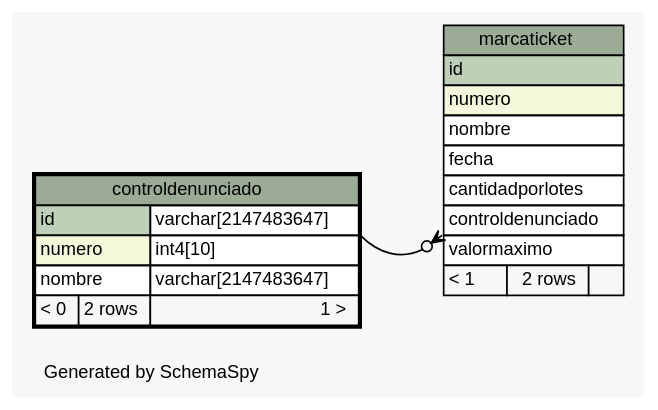
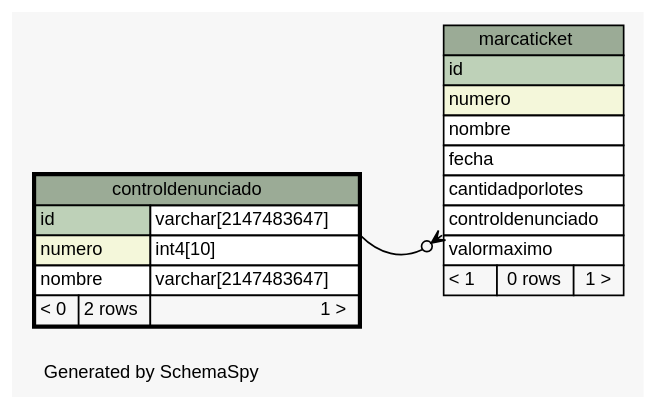
One commit to diegopablomansilla/massoftware_front changed the diagram in postgresql/schemaSpy/salida/diagrams/controldenunciado.1degree.dot. Above: the diagram before and after it, drawn with Graphviz. The commit also changed 350 other files, not shown here.

```diff
--- a/postgresql/schemaSpy/salida/diagrams/controldenunciado.1degree.dot
+++ b/postgresql/schemaSpy/salida/diagrams/controldenunciado.1degree.dot
@@ -1,51 +1,51 @@
 // dot 2.2.1 on Windows 10 10.0
 // SchemaSpy rev 590
 digraph "oneDegreeRelationshipsDiagram" {
   graph [
     rankdir="RL"
     bgcolor="#f7f7f7"
     label="\nGenerated by SchemaSpy"
     labeljust="l"
     nodesep="0.18"
     ranksep="0.46"
     fontname="Helvetica"
     fontsize="11"
   ];
   node [
     fontname="Helvetica"
     fontsize="11"
     shape="plaintext"
   ];
   edge [
     arrowsize="0.8"
   ];
   "marcaticket":"controldenunciado":sw -> "controldenunciado":"id.type":se [arrowhead=none dir=back arrowtail=crowodot];
   "controldenunciado" [
     label=<
     <TABLE BORDER="2" CELLBORDER="1" CELLSPACING="0" BGCOLOR="#ffffff">
       <TR><TD COLSPAN="3" BGCOLOR="#9bab96" ALIGN="CENTER">controldenunciado</TD></TR>
       <TR><TD PORT="id" COLSPAN="2" BGCOLOR="#bed1b8" ALIGN="LEFT">id</TD><TD PORT="id.type" ALIGN="LEFT">varchar[2147483647]</TD></TR>
       <TR><TD PORT="numero" COLSPAN="2" BGCOLOR="#f4f7da" ALIGN="LEFT">numero</TD><TD PORT="numero.type" ALIGN="LEFT">int4[10]</TD></TR>
       <TR><TD PORT="nombre" COLSPAN="2" ALIGN="LEFT">nombre</TD><TD PORT="nombre.type" ALIGN="LEFT">varchar[2147483647]</TD></TR>
       <TR><TD ALIGN="LEFT" BGCOLOR="#f7f7f7">&lt; 0</TD><TD ALIGN="RIGHT" BGCOLOR="#f7f7f7">2 rows</TD><TD ALIGN="RIGHT" BGCOLOR="#f7f7f7">1 &gt;</TD></TR>
     </TABLE>>
     URL="controldenunciado.html"
     tooltip="controldenunciado"
   ];
   "marcaticket" [
     label=<
     <TABLE BORDER="0" CELLBORDER="1" CELLSPACING="0" BGCOLOR="#ffffff">
       <TR><TD COLSPAN="3" BGCOLOR="#9bab96" ALIGN="CENTER">marcaticket</TD></TR>
       <TR><TD PORT="id" COLSPAN="3" BGCOLOR="#bed1b8" ALIGN="LEFT">id</TD></TR>
       <TR><TD PORT="numero" COLSPAN="3" BGCOLOR="#f4f7da" ALIGN="LEFT">numero</TD></TR>
       <TR><TD PORT="nombre" COLSPAN="3" ALIGN="LEFT">nombre</TD></TR>
       <TR><TD PORT="fecha" COLSPAN="3" ALIGN="LEFT">fecha</TD></TR>
       <TR><TD PORT="cantidadporlotes" COLSPAN="3" ALIGN="LEFT">cantidadporlotes</TD></TR>
       <TR><TD PORT="controldenunciado" COLSPAN="3" ALIGN="LEFT">controldenunciado</TD></TR>
       <TR><TD PORT="valormaximo" COLSPAN="3" ALIGN="LEFT">valormaximo</TD></TR>
-      <TR><TD ALIGN="LEFT" BGCOLOR="#f7f7f7">&lt; 1</TD><TD ALIGN="RIGHT" BGCOLOR="#f7f7f7">2 rows</TD><TD ALIGN="RIGHT" BGCOLOR="#f7f7f7">  </TD></TR>
+      <TR><TD ALIGN="LEFT" BGCOLOR="#f7f7f7">&lt; 1</TD><TD ALIGN="RIGHT" BGCOLOR="#f7f7f7">0 rows</TD><TD ALIGN="RIGHT" BGCOLOR="#f7f7f7">1 &gt;</TD></TR>
     </TABLE>>
     URL="marcaticket.html"
     tooltip="marcaticket"
   ];
 }
```
